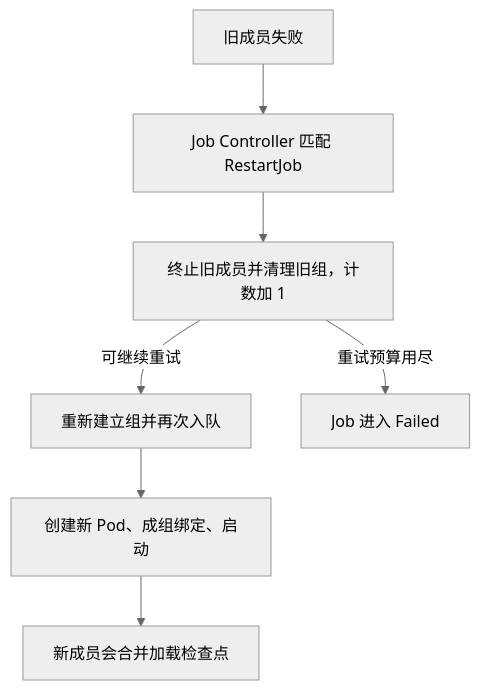
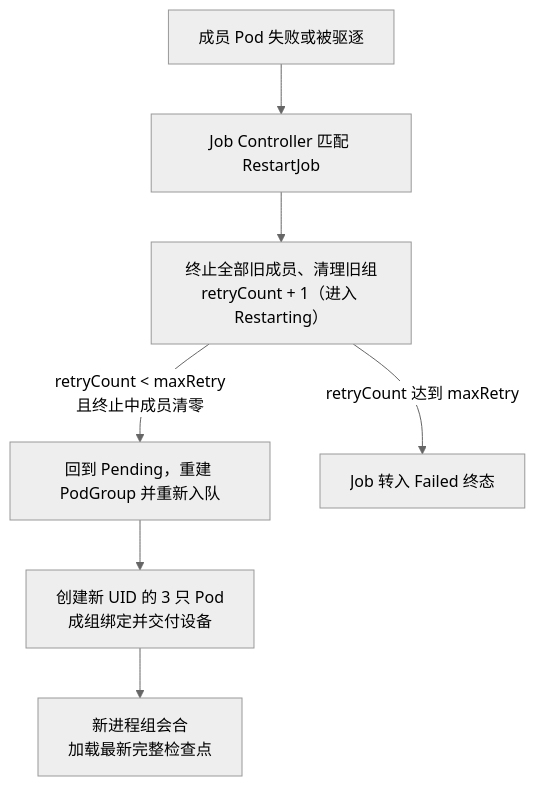
The diagram in AI-Infra/16_Volcano的作业调度与队列管理/05_成员重试、检查点恢复与资源释放.md (realtyz/ops-manual), drawn with Mermaid (neutral theme) before and after one commit. The commit also changed other lines of this file and 194 other files, not shown here.

````diff
--- a/AI-Infra/16_Volcano的作业调度与队列管理/05_成员重试、检查点恢复与资源释放.md
+++ b/AI-Infra/16_Volcano的作业调度与队列管理/05_成员重试、检查点恢复与资源释放.md
@@ -27,9 +41,10 @@
 ```mermaid
 flowchart
-    F["旧成员失败"] --> C["Job Controller 匹配 RestartJob"]
-    C --> R["终止旧成员并清理旧组，计数加 1"]
-    R -->|"可继续重试"| G["重新建立组并再次入队"]
-    G --> P["创建新 Pod、成组绑定、启动"]
-    P --> A["新成员会合并加载检查点"]
-    R -->|"重试预算用尽"| E["Job 进入 Failed"]
+    accDescr: VolcanoJob 命中 RestartJob 策略后的状态流转图，展示成员失败触发控制器终止旧成员与清理旧组并递增 retryCount；若预算未尽则待旧成员清零后重建 PodGroup 重新入队绑定并加载检查点，若预算用尽则进入 Failed 终态。
+    F["成员 Pod 失败或被驱逐"] --> C["Job Controller 匹配 RestartJob"]
+    C --> R["终止全部旧成员、清理旧组<br/>retryCount + 1（进入 Restarting）"]
+    R -->|"retryCount < maxRetry<br/>且终止中成员清零"| G["回到 Pending，重建 PodGroup 并重新入队"]
+    G --> P["创建新 UID 的 3 只 Pod<br/>成组绑定并交付设备"]
+    P --> A["新进程组会合<br/>加载最新完整检查点"]
+    R -->|"retryCount 达到 maxRetry"| E["Job 转入 Failed 终态"]
 ```
````
